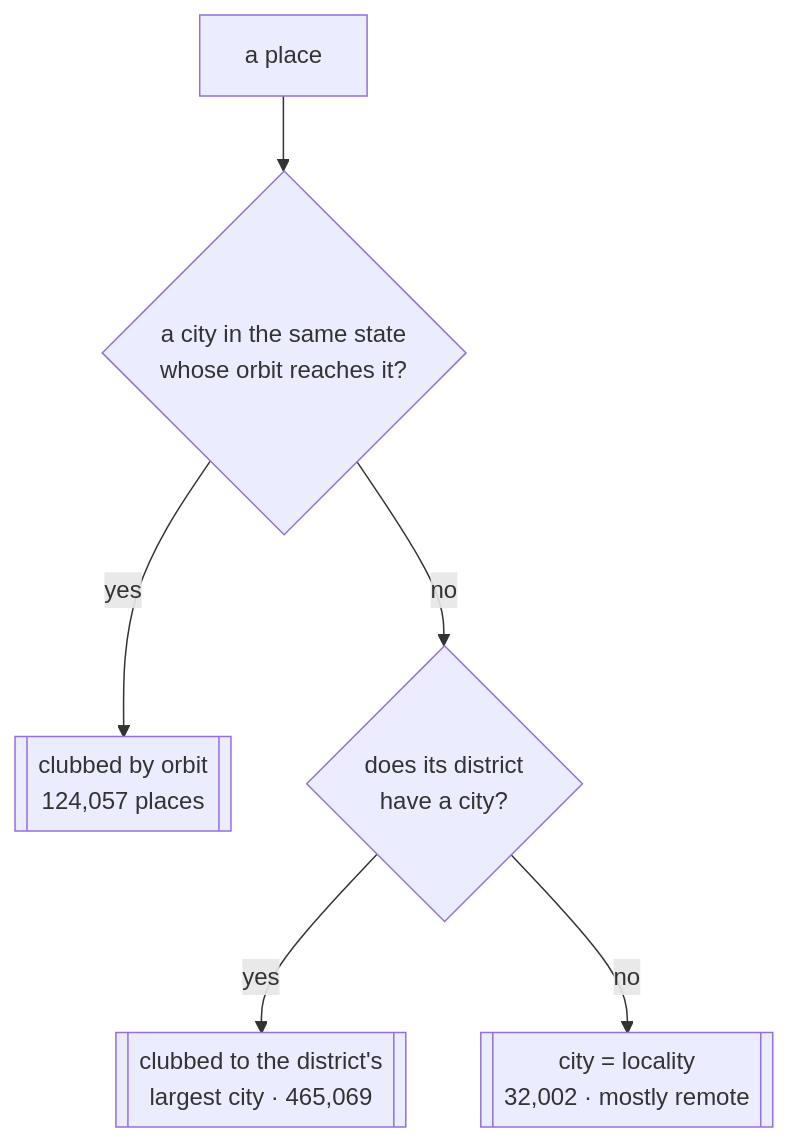
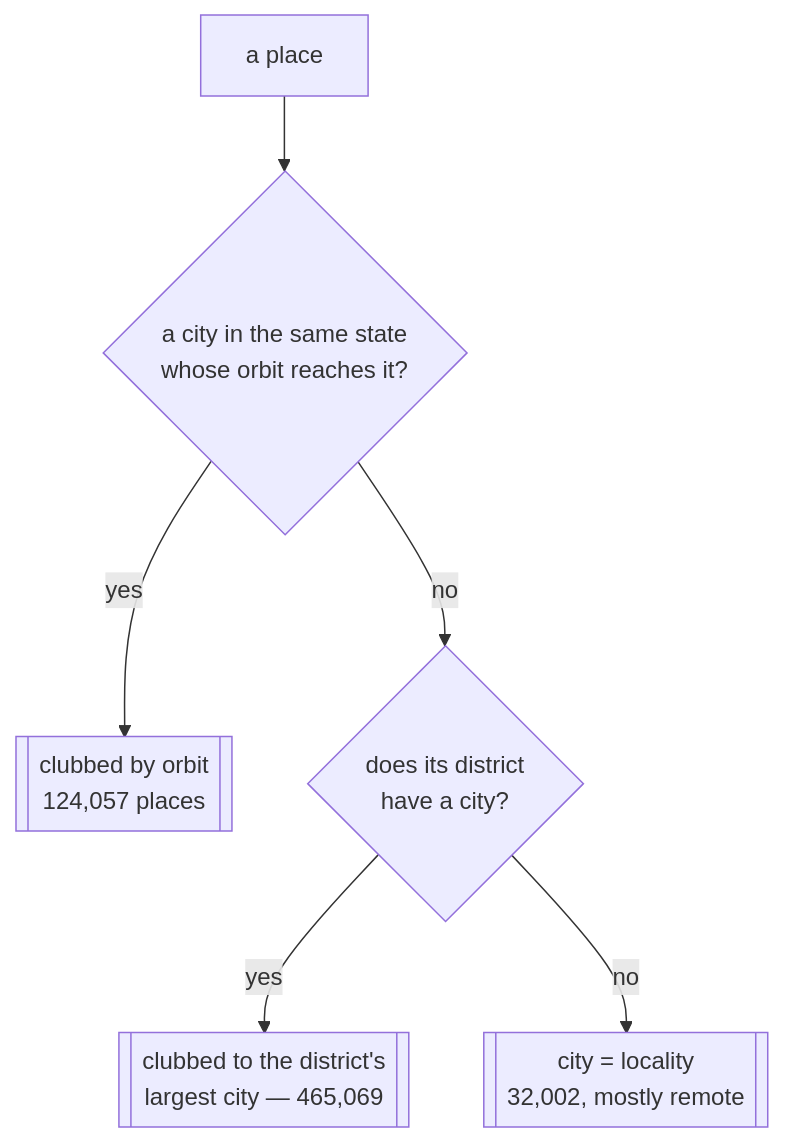
One commit to Dibakar01/reverse-geocoding changed the diagram in README.md. Above: the diagram before and after it, drawn with Mermaid.

Commit message:
Quote mermaid node labels
Unquoted labels containing ? and an apostrophe can fail to parse, leaving a
blank gap where the diagram should be.

Claude-Session: https://claude.ai/code/session_013VxnNKZGeKJHFLQET4QwwQ

````diff
--- a/README.md
+++ b/README.md
@@ -102,8 +102,8 @@
 ```mermaid
 flowchart TD
-    P[a place] --> S{a city in the same state<br/>whose orbit reaches it?}
+    P["a place"] --> S{"a city in the same state<br/>whose orbit reaches it?"}
     S -->|yes| O[["clubbed by orbit<br/>124,057 places"]]
-    S -->|no| D{does its district<br/>have a city?}
-    D -->|yes| F[["clubbed to the district's<br/>largest city · 465,069"]]
-    D -->|no| N[["city = locality<br/>32,002 · mostly remote"]]
+    S -->|no| D{"does its district<br/>have a city?"}
+    D -->|yes| F[["clubbed to the district's<br/>largest city — 465,069"]]
+    D -->|no| N[["city = locality<br/>32,002, mostly remote"]]
 ```
````
